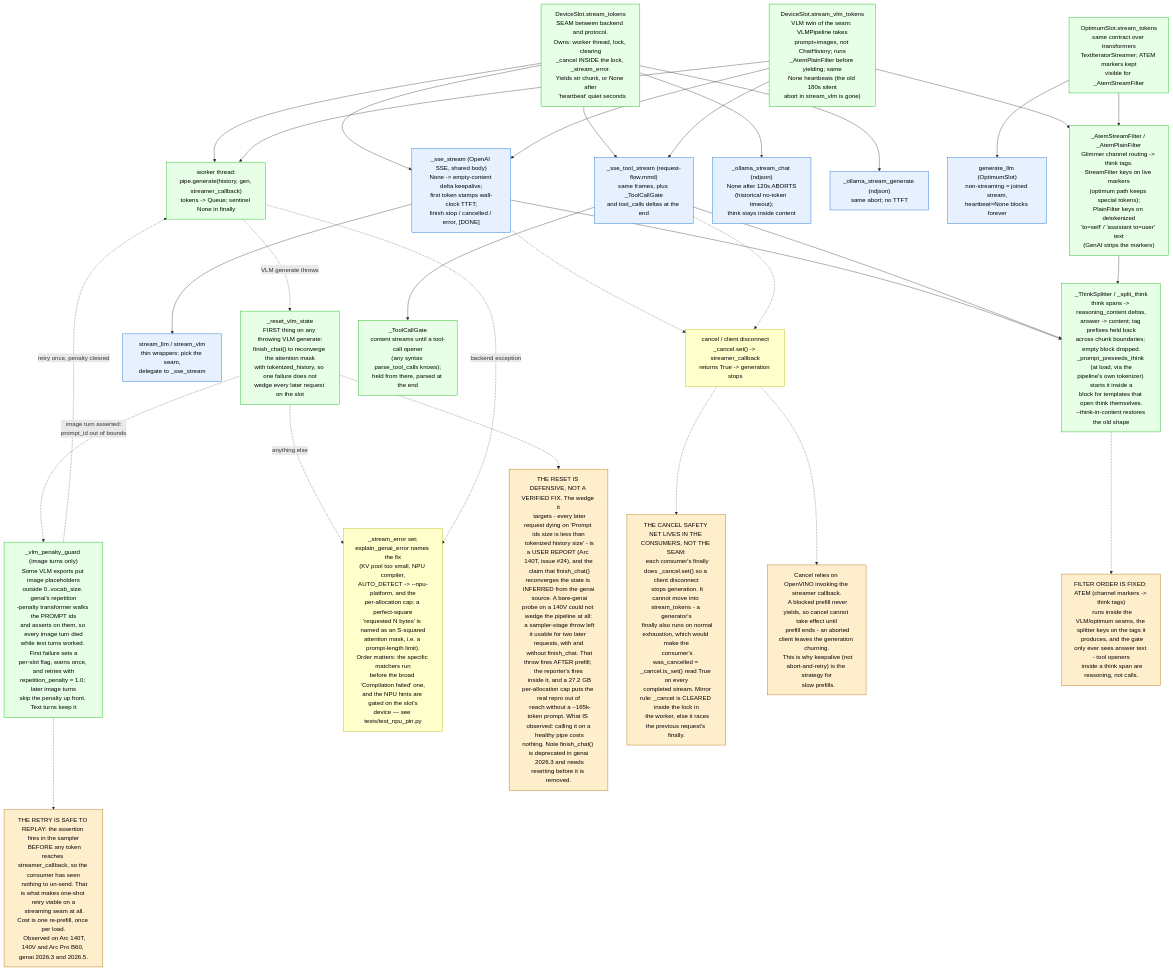
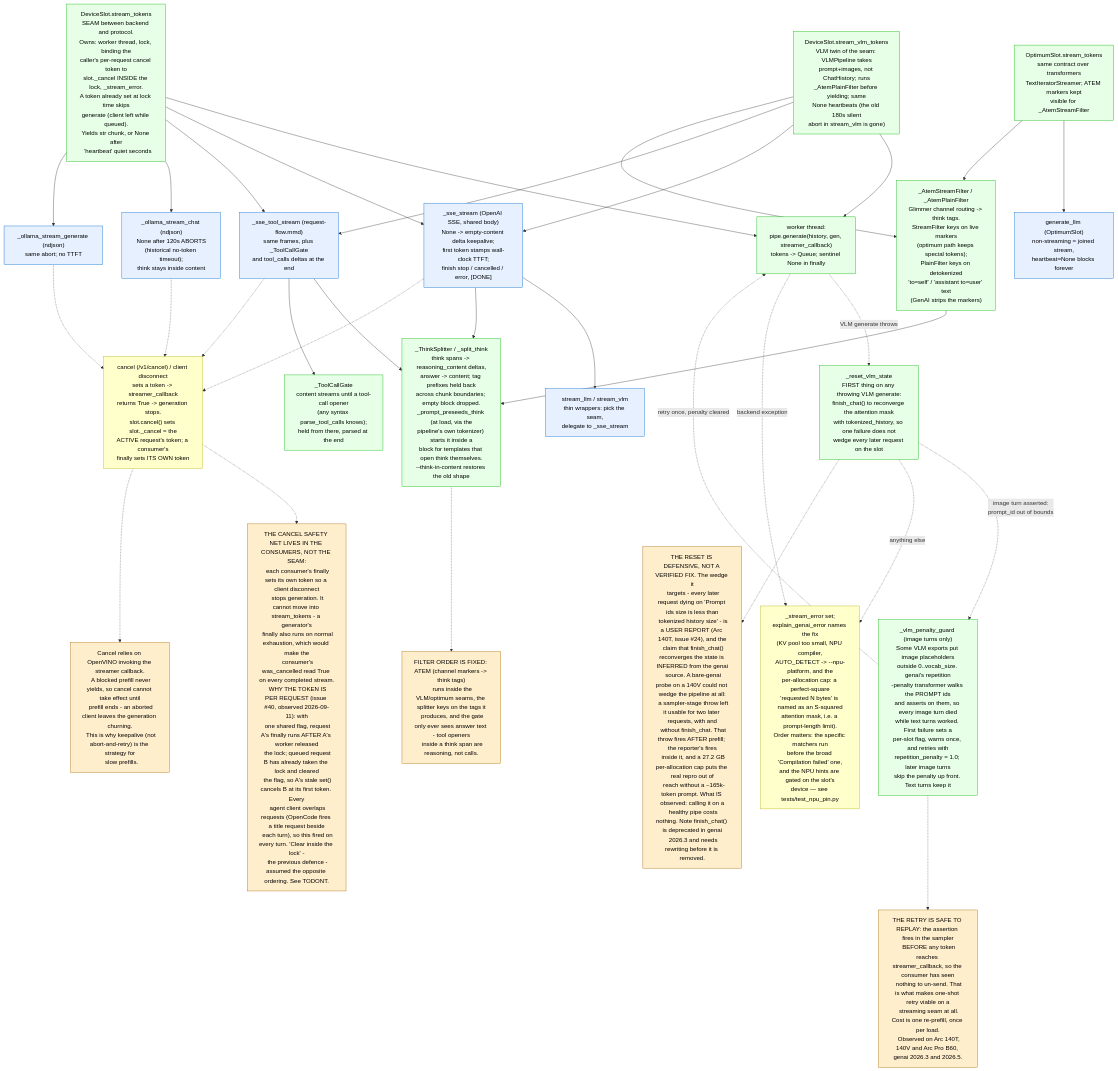
The diagram in docs/stream-plumbing.mmd (aweussom/NoLlama), drawn with Mermaid before and after one commit. The commit also changed 5 other files, not shown here.

```diff
--- a/docs/stream-plumbing.mmd
+++ b/docs/stream-plumbing.mmd
@@ -1,109 +1,117 @@
 %% Token streaming: the stream_tokens seam, its consumers, cancel semantics.
 %% Drawn 2026-08-19 from nollama.py @ 85e796f.
 %% Updated 2026-08-30: stream_vlm_tokens seam, shared _sse_stream, _ThinkSplitter/_ToolCallGate (issue #36).
 %% Updated 2026-09-01: _vlm_penalty_guard one-shot retry on the image path.
 %% Updated 2026-09-01: _reset_vlm_state on the VLM throw path (issue #24).
+%% Updated 2026-09-11: per-request cancel token replaces the shared slot flag (issue #40).
 %% Legend: solid = normal path, dashed = failure/timeout/cancel paths,
 %%         ALL-CAPS nodes = prose annotations.
 %% Palette: route (blue) = protocol consumers, gen (green) = backend/worker,
 %%          client (yellow) = wire frames, warn (orange) = annotations.
 %% covers: nollama.py:stream_tokens,stream_vlm_tokens,_reset_vlm_state,_vlm_penalty_guard,_is_placeholder_bounds_error,stream_llm,stream_vlm,_sse_stream,_ollama_stream_chat,_ollama_stream_generate,generate_llm,cancel,explain_genai_error,_AtemStreamFilter,_AtemPlainFilter,_ThinkSplitter,_split_think,_ToolCallGate,_prompt_preseeds_think
 flowchart TB
-  stream_tokens["DeviceSlot.stream_tokens<br/>SEAM between backend and protocol.<br/>Owns: worker thread, lock, clearing<br/>_cancel INSIDE the lock, _stream_error.<br/>Yields str chunk, or None after
+  stream_tokens["DeviceSlot.stream_tokens<br/>SEAM between backend and protocol.<br/>Owns: worker thread, lock, binding the<br/>caller's per-request cancel token to<br/>slot._cancel INSIDE the lock, _stream_error.<br/>A token already set at lock time skips<br/>generate (client left while queued).<br/>Yields str chunk, or None after
   'heartbeat' quiet seconds"]
   worker["worker thread:<br/>pipe.generate(history, gen, streamer_callback)<br/>tokens -> Queue; sentinel None in finally"]
   opt_stream_tokens["OptimumSlot.stream_tokens<br/>same contract over transformers<br/>TextIteratorStreamer; ATEM markers kept<br/>visible for _AtemStreamFilter"]
   stream_vlm_tokens["DeviceSlot.stream_vlm_tokens<br/>VLM twin of the seam: VLMPipeline takes<br/>prompt+images, not ChatHistory; runs<br/>_AtemPlainFilter before yielding; same<br/>None heartbeats (the old 180s silent<br/>abort in stream_vlm is gone)"]
 
   stream_tokens --> worker
   stream_vlm_tokens --> worker
 
   penalty_guard["_vlm_penalty_guard (image turns only)<br/>Some VLM exports put image placeholders<br/>outside 0..vocab_size. genai's repetition<br/>-penalty transformer walks the PROMPT ids<br/>and asserts on them, so every image turn died<br/>while text turns worked. First failure sets a<br/>per-slot flag, warns once, and retries with<br/>repetition_penalty = 1.0; later image turns<br/>skip the penalty up front. Text turns keep it"]
   reset_state["_reset_vlm_state<br/>FIRST thing on any throwing VLM generate:<br/>finish_chat() to reconverge the attention mask<br/>with tokenized_history, so one failure does not<br/>wedge every later request on the slot"]
   worker -.->|"VLM generate throws"| reset_state
   reset_state -.->|"image turn asserted:<br/>prompt_id out of bounds"| penalty_guard
   reset_state -.->|"anything else"| _stream_error
   penalty_guard -.->|"retry once, penalty cleared"| worker
 
   RETRYSAFE["THE RETRY IS SAFE TO REPLAY: the assertion fires in the sampler
   BEFORE any token reaches streamer_callback, so the consumer has seen
   nothing to un-send. That is what makes one-shot retry viable on a
   streaming seam at all. Cost is one re-prefill, once per load.
   Observed on Arc 140T, 140V and Arc Pro B60, genai 2026.3 and 2026.5."]
   penalty_guard -.-> RETRYSAFE
 
   WEDGEUNPROVEN["THE RESET IS DEFENSIVE, NOT A VERIFIED FIX. The wedge it
   targets - every later request dying on 'Prompt ids size is less than
   tokenized history size' - is a USER REPORT (Arc 140T, issue #24), and the
   claim that finish_chat() reconverges the state is INFERRED from the genai
   source. A bare-genai probe on a 140V could not wedge the pipeline at all:
   a sampler-stage throw left it usable for two later requests, with and
   without finish_chat. That throw fires AFTER prefill; the reporter's fires
   inside it, and a 27.2 GB per-allocation cap puts the real repro out of
   reach without a ~165k-token prompt. What IS observed: calling it on a
   healthy pipe costs nothing. Note finish_chat() is deprecated in genai
   2026.3 and needs rewriting before it is removed."]
   reset_state -.-> WEDGEUNPROVEN
   worker -.->|"backend exception"| _stream_error["_stream_error set;<br/>explain_genai_error names the fix<br/>(KV pool too small, NPU compiler,<br/>AUTO_DETECT -> --npu-platform, and the<br/>per-allocation cap: a perfect-square<br/>'requested N bytes' is named as an S-squared<br/>attention mask, i.e. a prompt-length limit).<br/>Order matters: the specific matchers run<br/>before the broad 'Compilation failed' one,<br/>and the NPU hints are gated on the slot's<br/>device — see tests/test_npu_pin.py"]
 
   _sse_stream["_sse_stream (OpenAI SSE, shared body)<br/>None -> empty-content delta keepalive;<br/>first token stamps wall-clock TTFT;<br/>finish stop / cancelled / error, [DONE]"]
   stream_llm["stream_llm / stream_vlm<br/>thin wrappers: pick the seam,<br/>delegate to _sse_stream"]
   tool_stream["_sse_tool_stream (request-flow.mmd)<br/>same frames, plus _ToolCallGate<br/>and tool_calls deltas at the end"]
   _ollama_stream_chat["_ollama_stream_chat (ndjson)<br/>None after 120s ABORTS<br/>(historical no-token timeout);<br/>think stays inside content"]
   _ollama_stream_generate["_ollama_stream_generate (ndjson)<br/>same abort; no TTFT"]
   generate_llm["generate_llm (OptimumSlot)<br/>non-streaming = joined stream,<br/>heartbeat=None blocks forever"]
 
   stream_tokens --> _sse_stream
   stream_vlm_tokens --> _sse_stream
   _sse_stream --> stream_llm
   stream_tokens --> tool_stream
   stream_vlm_tokens --> tool_stream
   stream_tokens --> _ollama_stream_chat
   stream_tokens --> _ollama_stream_generate
   opt_stream_tokens --> generate_llm
 
   splitter["_ThinkSplitter / _split_think<br/>think spans -> reasoning_content deltas,<br/>answer -> content; tag prefixes held back<br/>across chunk boundaries; empty block dropped.<br/>_prompt_preseeds_think (at load, via the<br/>pipeline's own tokenizer) starts it inside a<br/>block for templates that open think themselves.<br/>--think-in-content restores the old shape"]
   gate["_ToolCallGate<br/>content streams until a tool-call opener<br/>(any syntax parse_tool_calls knows);<br/>held from there, parsed at the end"]
   _sse_stream --> splitter
   tool_stream --> splitter
   tool_stream --> gate
 
   atem["_AtemStreamFilter / _AtemPlainFilter<br/>Glimmer channel routing -> think tags.<br/>StreamFilter keys on live markers<br/>(optimum path keeps special tokens);<br/>PlainFilter keys on detokenized<br/>'to=self' / 'assistant to=user' text<br/>(GenAI strips the markers)"]
   stream_vlm_tokens --> atem
   opt_stream_tokens --> atem
   atem --> splitter
 
-  cancel["cancel / client disconnect<br/>_cancel.set() -> streamer_callback<br/>returns True -> generation stops"]
+  cancel["cancel (/v1/cancel) / client disconnect<br/>sets a token -> streamer_callback<br/>returns True -> generation stops.<br/>slot.cancel() sets slot._cancel = the<br/>ACTIVE request's token; a consumer's<br/>finally sets ITS OWN token"]
   _sse_stream -.-> cancel
   tool_stream -.-> cancel
+  _ollama_stream_chat -.-> cancel
+  _ollama_stream_generate -.-> cancel
 
   FINALLY["THE CANCEL SAFETY NET LIVES IN THE CONSUMERS, NOT THE SEAM:
-  each consumer's finally does _cancel.set() so a client disconnect
+  each consumer's finally sets its own token so a client disconnect
   stops generation. It cannot move into stream_tokens - a generator's
   finally also runs on normal exhaustion, which would make the
-  consumer's was_cancelled = _cancel.is_set() read True on every
-  completed stream. Mirror rule: _cancel is CLEARED inside the lock in
-  the worker, else it races the previous request's finally."]
+  consumer's was_cancelled read True on every completed stream.
+  WHY THE TOKEN IS PER REQUEST (issue #40, observed 2026-09-11): with
+  one shared flag, request A's finally runs AFTER A's worker released
+  the lock; queued request B has already taken the lock and cleared
+  the flag, so A's stale set() cancels B at its first token. Every
+  agent client overlaps requests (OpenCode fires a title request beside
+  each turn), so this fired on every turn. 'Clear inside the lock' -
+  the previous defence - assumed the opposite ordering. See TODONT."]
   cancel -.-> FINALLY
 
   CANCELLIMIT["Cancel relies on OpenVINO invoking the streamer callback.
   A blocked prefill never yields, so cancel cannot take effect until
   prefill ends - an aborted client leaves the generation churning.
   This is why keepalive (not abort-and-retry) is the strategy for
   slow prefills."]
   cancel -.-> CANCELLIMIT
 
   ORDER["FILTER ORDER IS FIXED: ATEM (channel markers -> think tags)
   runs inside the VLM/optimum seams, the splitter keys on the tags it
   produces, and the gate only ever sees answer text - tool openers
   inside a think span are reasoning, not calls."]
   splitter -.-> ORDER
 
   classDef route fill:#e6f0ff,stroke:#0066cc,color:#000
   classDef gen fill:#e6ffe6,stroke:#00b300,color:#000
   classDef client fill:#ffffcc,stroke:#b3b300,color:#000
   classDef warn fill:#fec,stroke:#a60,color:#000
   class _sse_stream,stream_llm,tool_stream,_ollama_stream_chat,_ollama_stream_generate,generate_llm route
   class stream_tokens,stream_vlm_tokens,opt_stream_tokens,worker,atem,splitter,gate,penalty_guard,reset_state gen
   class cancel,_stream_error client
   class FINALLY,CANCELLIMIT,ORDER,RETRYSAFE,WEDGEUNPROVEN warn
```
